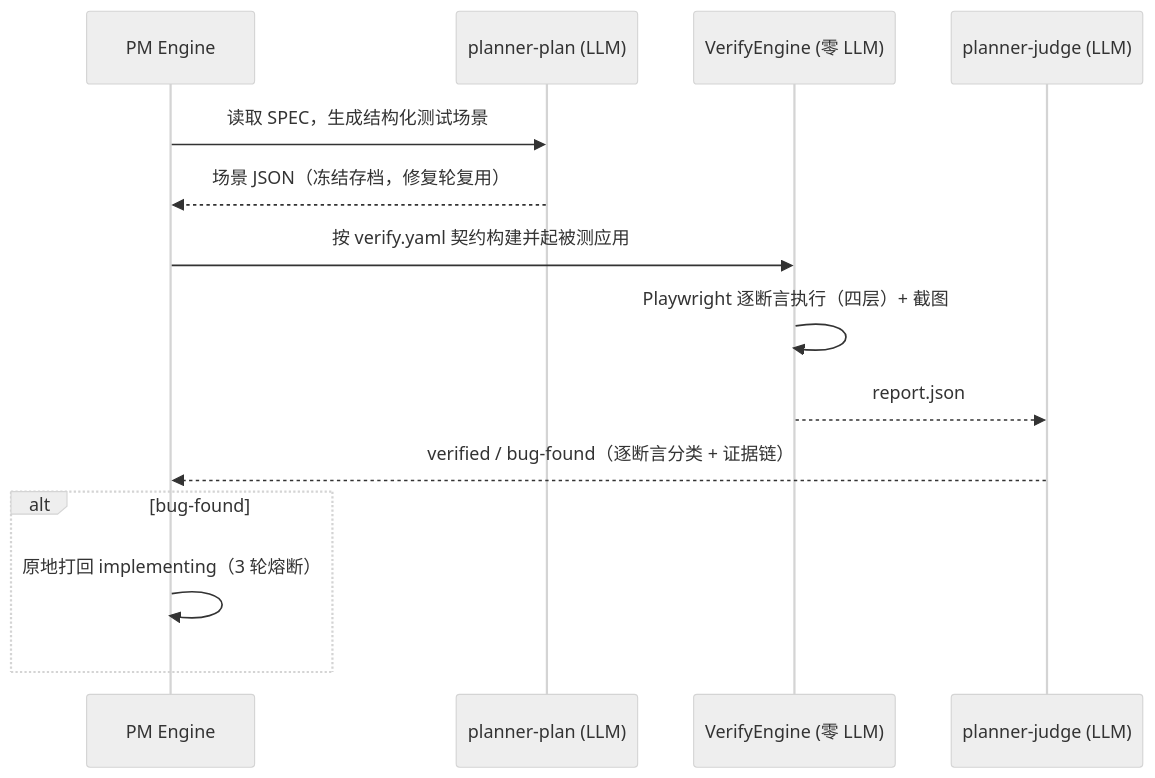
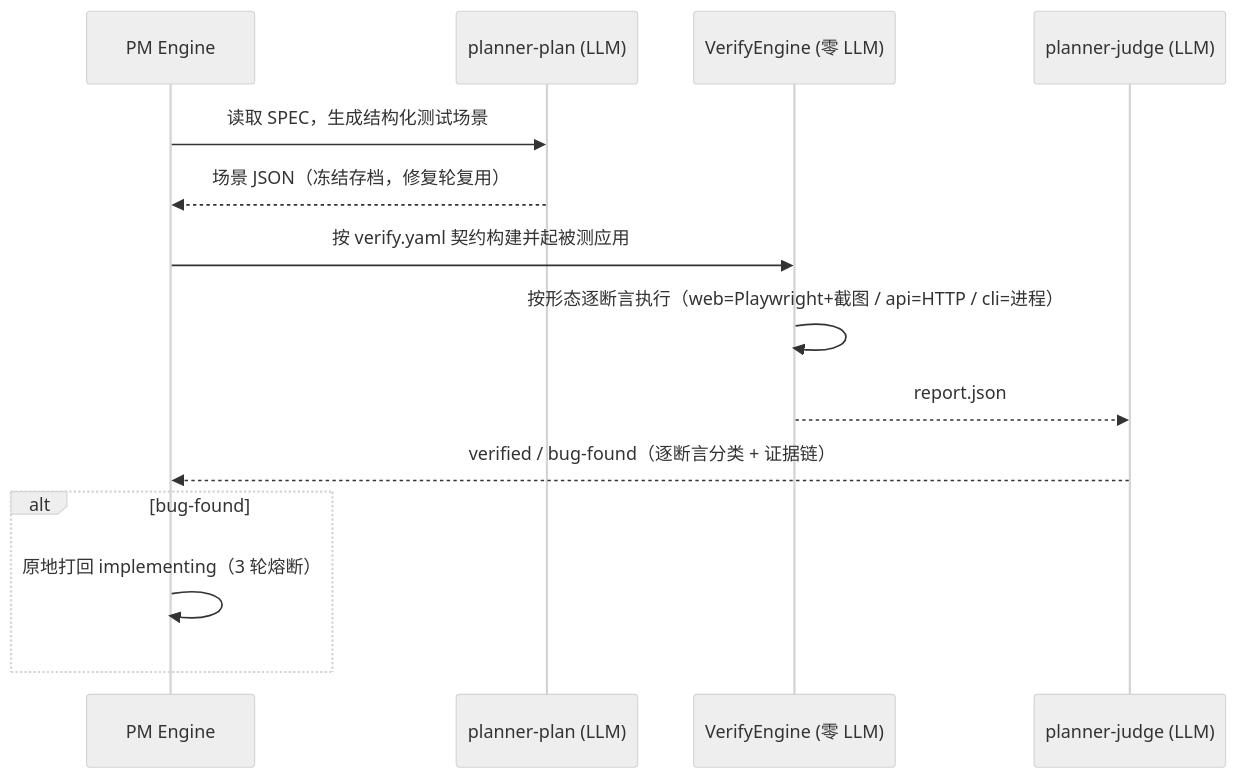
Before and after one commit to fenixsoft/fenixd: the third of 3 diagrams in README.md, drawn with Mermaid (neutral theme). The commit also changed other lines of this file and 36 other files, not shown here.

````diff
--- a/README.md
+++ b/README.md
@@ -98,16 +108,16 @@
 ```mermaid
 sequenceDiagram
     participant PM as PM Engine
     participant P as planner-plan (LLM)
     participant E as VerifyEngine (零 LLM)
     participant J as planner-judge (LLM)
     PM->>P: 读取 SPEC，生成结构化测试场景
     P-->>PM: 场景 JSON（冻结存档，修复轮复用）
     PM->>E: 按 verify.yaml 契约构建并起被测应用
-    E->>E: Playwright 逐断言执行（四层）+ 截图
+    E->>E: 按形态逐断言执行（web=Playwright+截图 / api=HTTP / cli=进程）
     E-->>J: report.json
     J-->>PM: verified / bug-found（逐断言分类 + 证据链）
     alt bug-found
         PM->>PM: 原地打回 implementing（3 轮熔断）
     end
 ```
````
